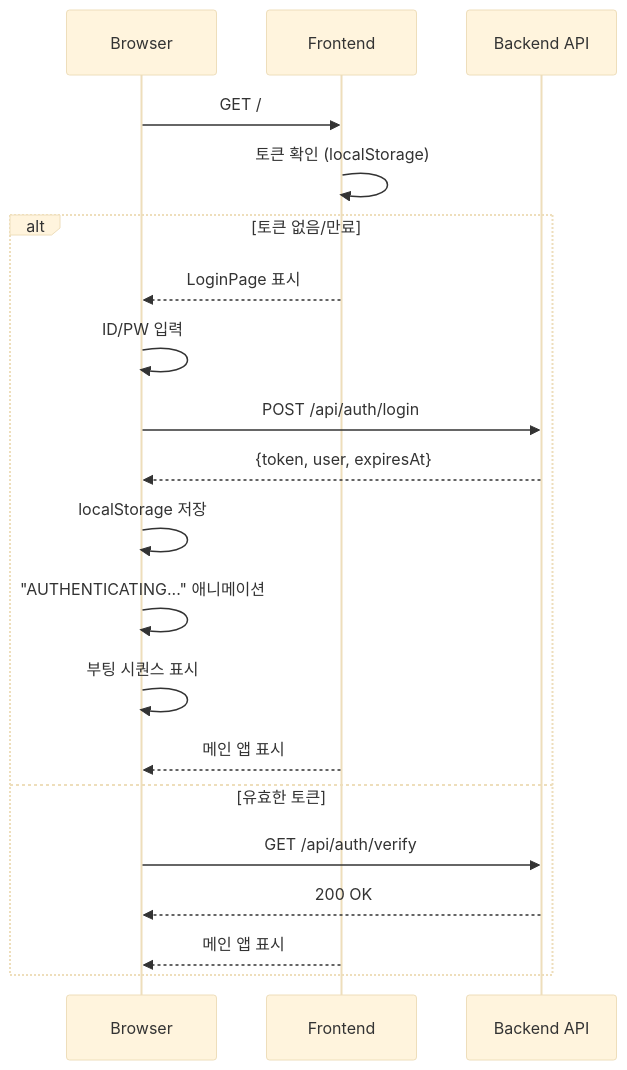
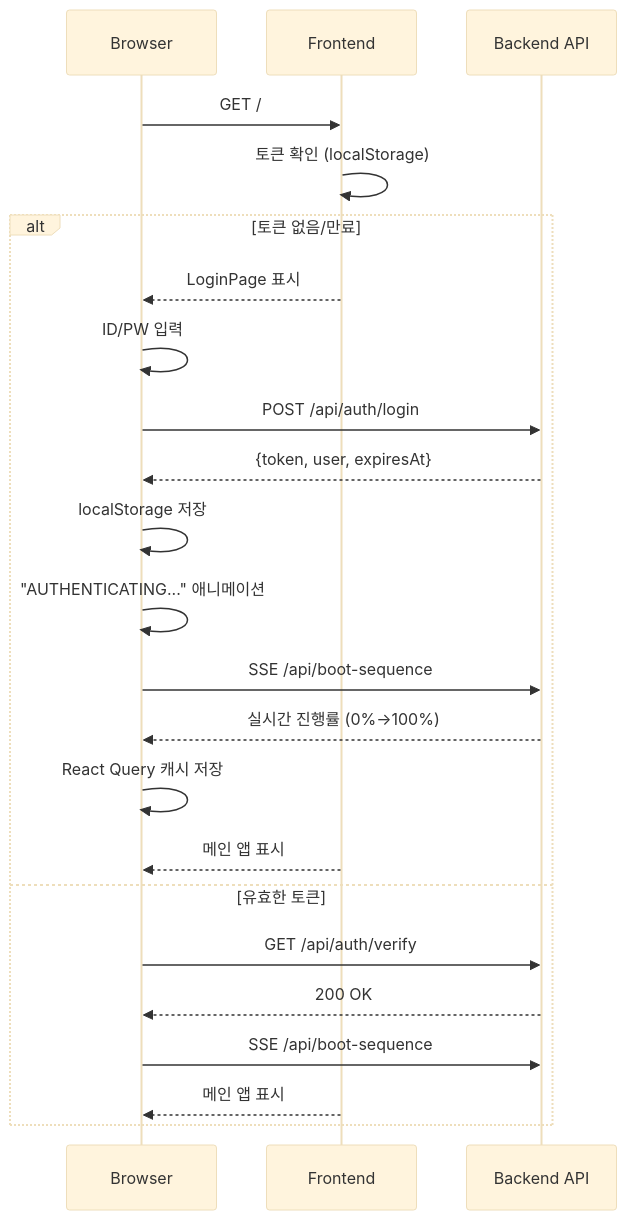
One commit to dareesoft/nyc-vehicle-tracker changed the fourth of 9 diagrams in README.md. Above: the diagram before and after it, drawn with Mermaid (base theme). The commit also changed other lines of this file and 8 other files, not shown here.

First line of the commit message:
feat: SSE 기반 실시간 진행률 시스템 구현

````diff
--- a/README.md
+++ b/README.md
@@ -60,23 +159,26 @@
 ```mermaid
 sequenceDiagram
     participant B as Browser
     participant F as Frontend
     participant A as Backend API
 
     B->>F: GET /
     F->>F: 토큰 확인 (localStorage)
     alt 토큰 없음/만료
         F-->>B: LoginPage 표시
         B->>B: ID/PW 입력
         B->>A: POST /api/auth/login
         A-->>B: {token, user, expiresAt}
         B->>B: localStorage 저장
         B->>B: "AUTHENTICATING..." 애니메이션
-        B->>B: 부팅 시퀀스 표시
+        B->>A: SSE /api/boot-sequence
+        A-->>B: 실시간 진행률 (0%→100%)
+        B->>B: React Query 캐시 저장
         F-->>B: 메인 앱 표시
     else 유효한 토큰
         B->>A: GET /api/auth/verify
         A-->>B: 200 OK
+        B->>A: SSE /api/boot-sequence
         F-->>B: 메인 앱 표시
     end
 ```
````
